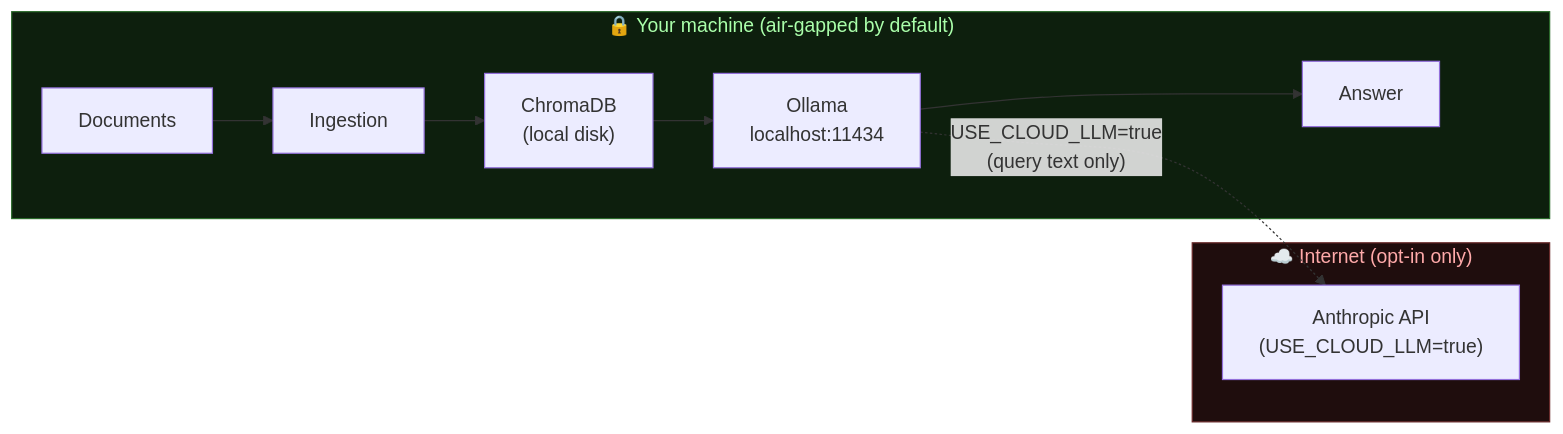
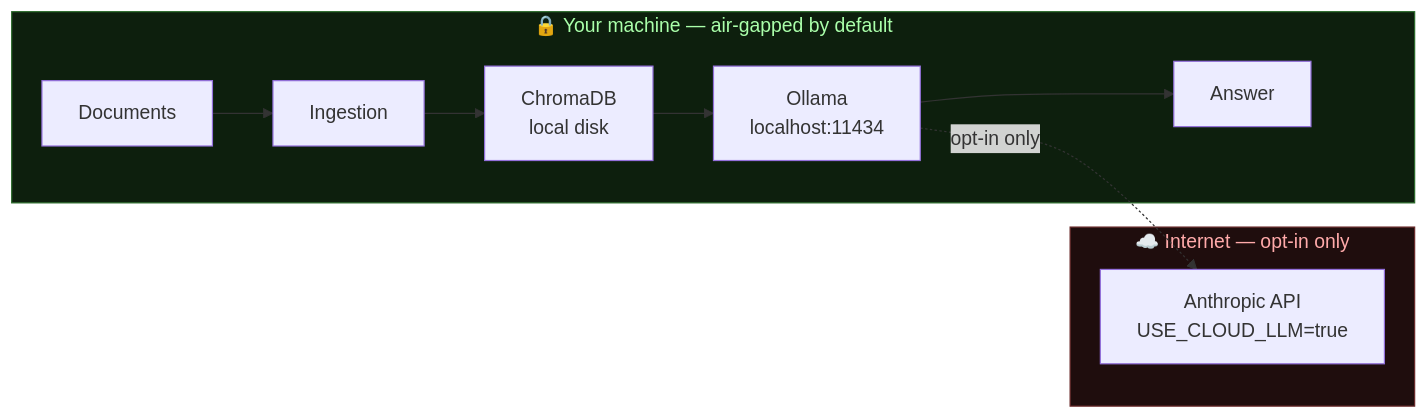
Before and after one commit to mrs80s0706-create/local-rag-assistant: the third of 3 diagrams in docs/architecture.md, drawn with Mermaid. The commit also changed other lines of this file, not shown here.

Commit message:
fix: repair Mermaid diagrams in architecture.md
- sequenceDiagram: remove <br/> from participant aliases, simplify Note text
- graph LR: replace \n with <br/> in node labels, simplify subgraph labels
  and edge label to avoid = and () parsing errors on GitHub

````diff
--- a/docs/architecture.md
+++ b/docs/architecture.md
@@ -102,18 +102,18 @@
 ```mermaid
 graph LR
-    subgraph local["🔒 Your machine (air-gapped by default)"]
+    subgraph local["🔒 Your machine — air-gapped by default"]
         docs["Documents"] --> ingest["Ingestion"]
-        ingest --> chromadb["ChromaDB\n(local disk)"]
-        chromadb --> ollama["Ollama\nlocalhost:11434"]
+        ingest --> chromadb["ChromaDB<br/>local disk"]
+        chromadb --> ollama["Ollama<br/>localhost:11434"]
         ollama --> answer["Answer"]
     end
 
-    subgraph cloud["☁️ Internet (opt-in only)"]
-        anthropic["Anthropic API\n(USE_CLOUD_LLM=true)"]
+    subgraph cloud["☁️ Internet — opt-in only"]
+        anthropic["Anthropic API<br/>USE_CLOUD_LLM=true"]
     end
 
-    ollama -.->|"USE_CLOUD_LLM=true\n(query text only)"| anthropic
+    ollama -.->|opt-in only| anthropic
 
     style local fill:#0d1f0d,stroke:#2a6a2a,color:#aaffaa
     style cloud fill:#1f0d0d,stroke:#6a2a2a,color:#ffaaaa
 ```
````
